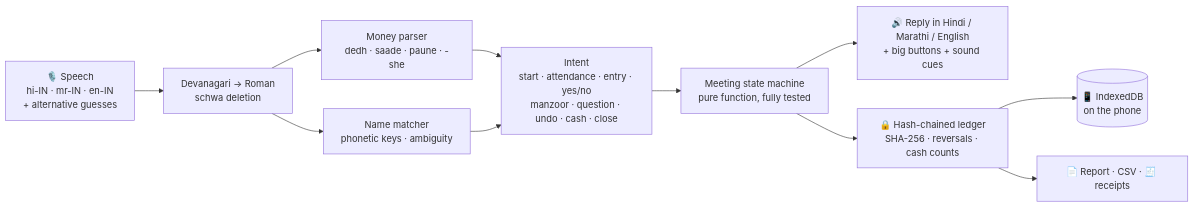
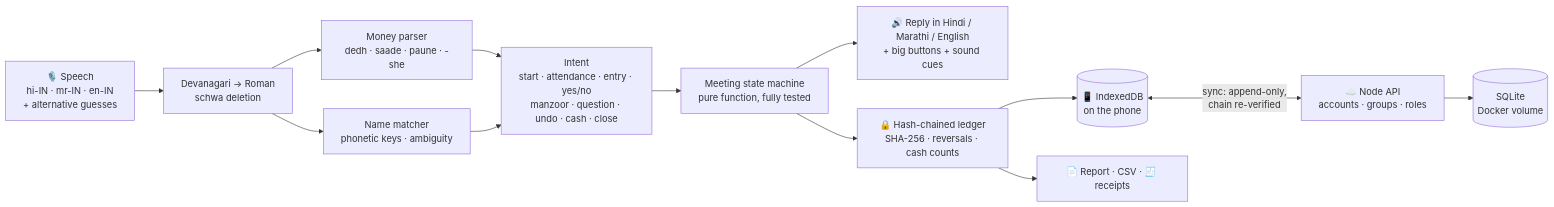
The diagram in README.md (skypank-coder/bolta-khata), drawn with Mermaid before and after one commit. The commit also changed other lines of this file and 6 other files, not shown here.

First line of the commit message:
Document the SaaS: website, accounts, dashboard, roles, cloud sync and server checks

````diff
--- a/README.md
+++ b/README.md
@@ -215,13 +243,15 @@
 ```mermaid
 flowchart LR
   MIC["🎙️ Speech<br/>hi-IN · mr-IN · en-IN<br/>+ alternative guesses"] --> TR["Devanagari → Roman<br/>schwa deletion"]
   TR --> NUM["Money parser<br/>dedh · saade · paune · -she"]
   TR --> NAME["Name matcher<br/>phonetic keys · ambiguity"]
   NUM --> INT["Intent<br/>start · attendance · entry · yes/no<br/>manzoor · question · undo · cash · close"]
   NAME --> INT
   INT --> SM["Meeting state machine<br/>pure function, fully tested"]
   SM --> SAY["🔊 Reply in Hindi / Marathi / English<br/>+ big buttons + sound cues"]
   SM --> LED["🔒 Hash-chained ledger<br/>SHA-256 · reversals · cash counts"]
   LED --> DB[("📱 IndexedDB<br/>on the phone")]
   LED --> OUT["📄 Report · CSV · 🧾 receipts"]
+  DB <-->|"sync: append-only,<br/>chain re-verified"| API["☁️ Node API<br/>accounts · groups · roles"]
+  API --> SQL[("SQLite<br/>Docker volume")]
 ```
````
